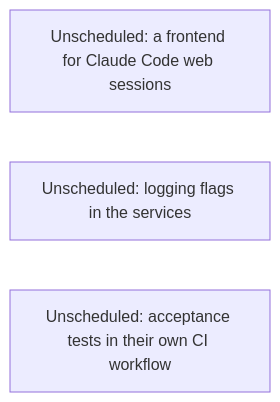
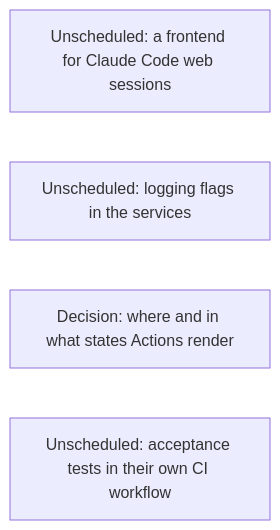
Before and after one commit to agentydragon/ducktape: the seventh of 15 diagrams in agentplane/plans/task_dag.md, drawn with Mermaid. The commit also changed other lines of this file, not shown here.

First line of the commit message:
agentplane: add the ACTION_SURFACES_DESIGN node to the task DAG

````diff
--- a/agentplane/plans/task_dag.md
+++ b/agentplane/plans/task_dag.md
@@ -464,6 +464,7 @@
 ```mermaid
 flowchart LR
     CLAUDE_CODE_WEB_BRIDGE[Unscheduled: a frontend for Claude Code web sessions]
     SERVICE_LOG_FLAGS[Unscheduled: logging flags in the services]
+    ACTION_SURFACES_DESIGN[Decision: where and in what states Actions render]
     ISOLATED_ACCEPTANCE_CI[Unscheduled: acceptance tests in their own CI workflow]
 ```
````
